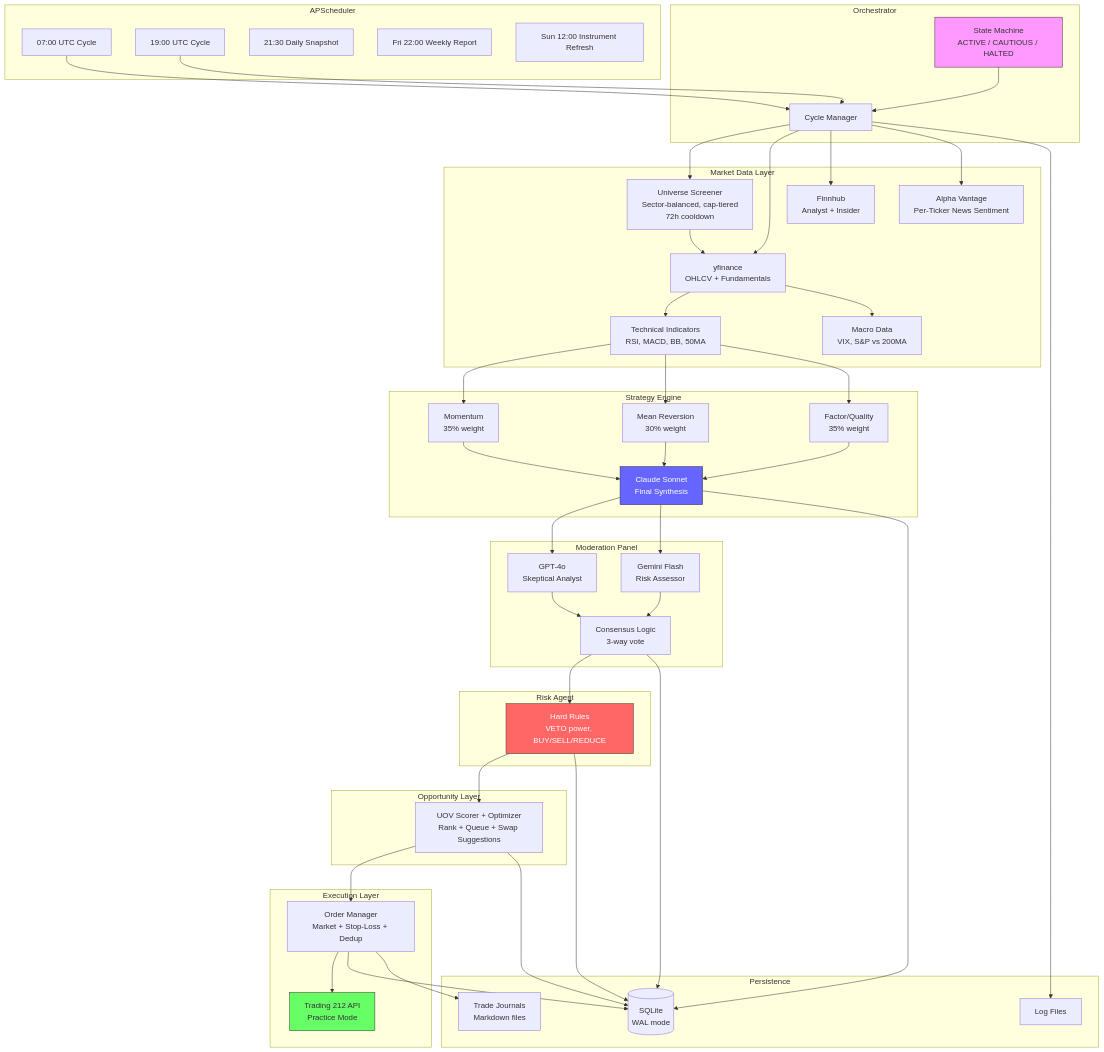
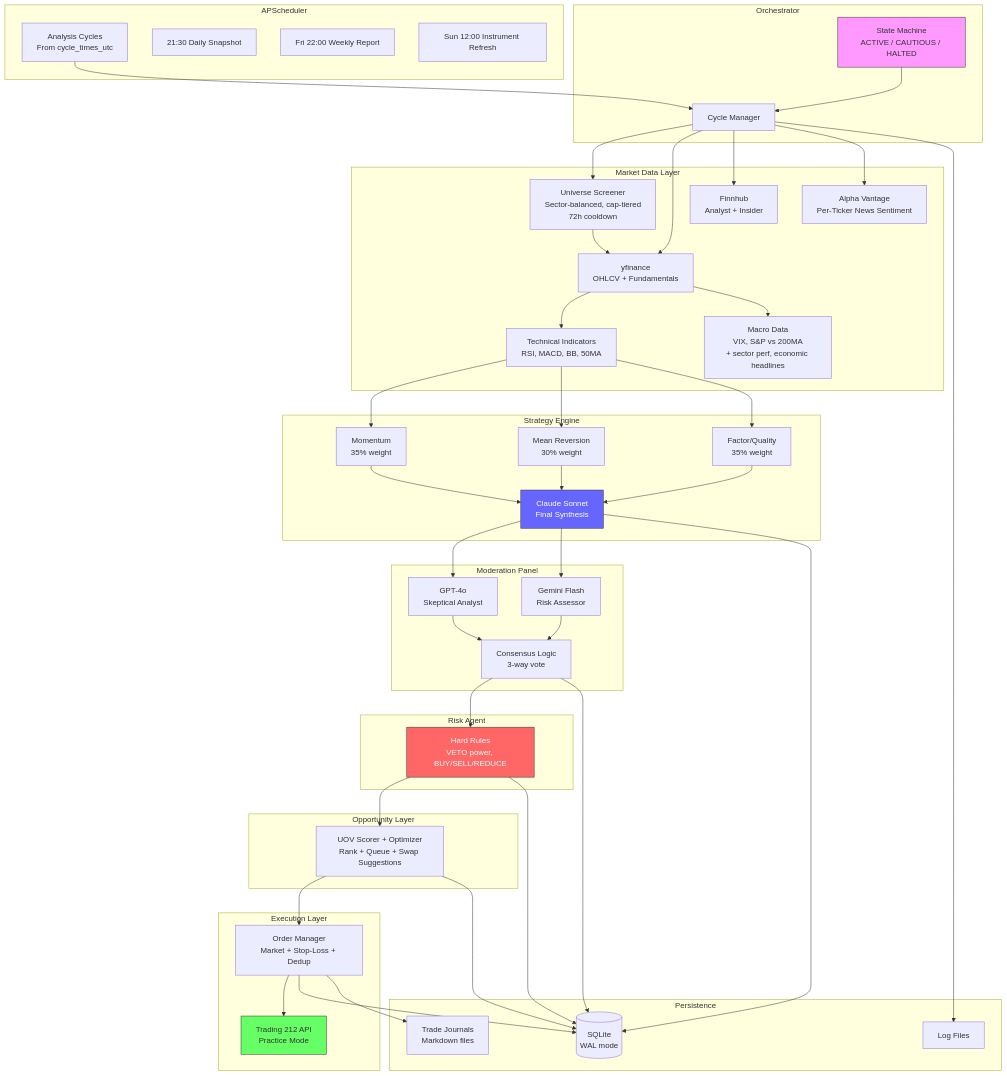
One commit to zenouz-ai/zeninvest changed the first of 5 diagrams in docs/ARCHITECTURE.md. Above: the diagram before and after it, drawn with Mermaid. The commit also changed other lines of this file and 24 other files, not shown here.

First line of the commit message:
docs: update README, architecture, and deployment documentation to reflect new macro intelligence module and configurable trading cycles

````diff
--- a/docs/ARCHITECTURE.md
+++ b/docs/ARCHITECTURE.md
@@ -244,11 +244,10 @@
 ```mermaid
 graph TB
     subgraph Scheduler["APScheduler"]
-        S1[07:00 UTC Cycle]
-        S2[19:00 UTC Cycle]
-        S3[21:30 Daily Snapshot]
-        S4[Fri 22:00 Weekly Report]
-        S5[Sun 12:00 Instrument Refresh]
+        S1[Analysis Cycles<br/>From cycle_times_utc]
+        S2[21:30 Daily Snapshot]
+        S3[Fri 22:00 Weekly Report]
+        S4[Sun 12:00 Instrument Refresh]
     end
 
     subgraph Orchestrator["Orchestrator"]
@@ -261,7 +260,7 @@
         FH[Finnhub<br/>Analyst + Insider]
         AV[Alpha Vantage<br/>Per-Ticker News Sentiment]
         IND[Technical Indicators<br/>RSI, MACD, BB, 50MA]
-        MACRO[Macro Data<br/>VIX, S&P vs 200MA]
+        MACRO[Macro Data<br/>VIX, S&P vs 200MA<br/>+ sector perf, economic headlines]
         UNIV[Universe Screener<br/>Sector-balanced, cap-tiered<br/>72h cooldown]
     end
 
@@ -298,7 +297,6 @@
     end
 
     S1 --> CYCLE
-    S2 --> CYCLE
     SM --> CYCLE
 
     CYCLE --> UNIV
````
